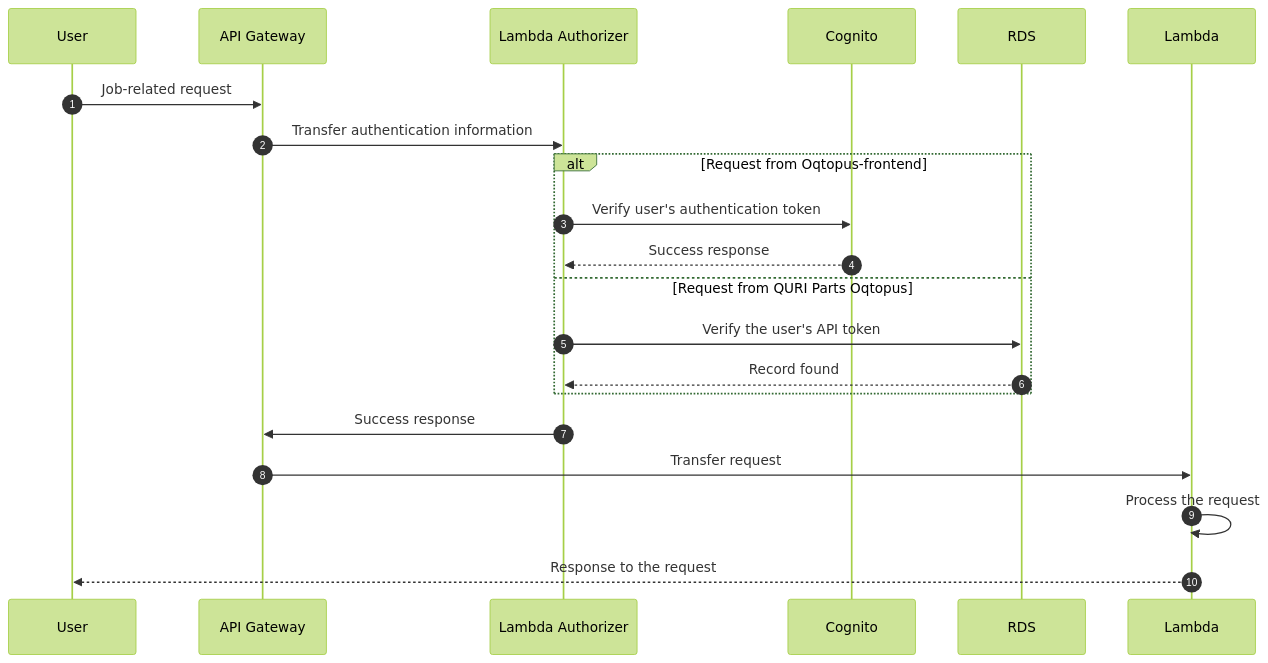
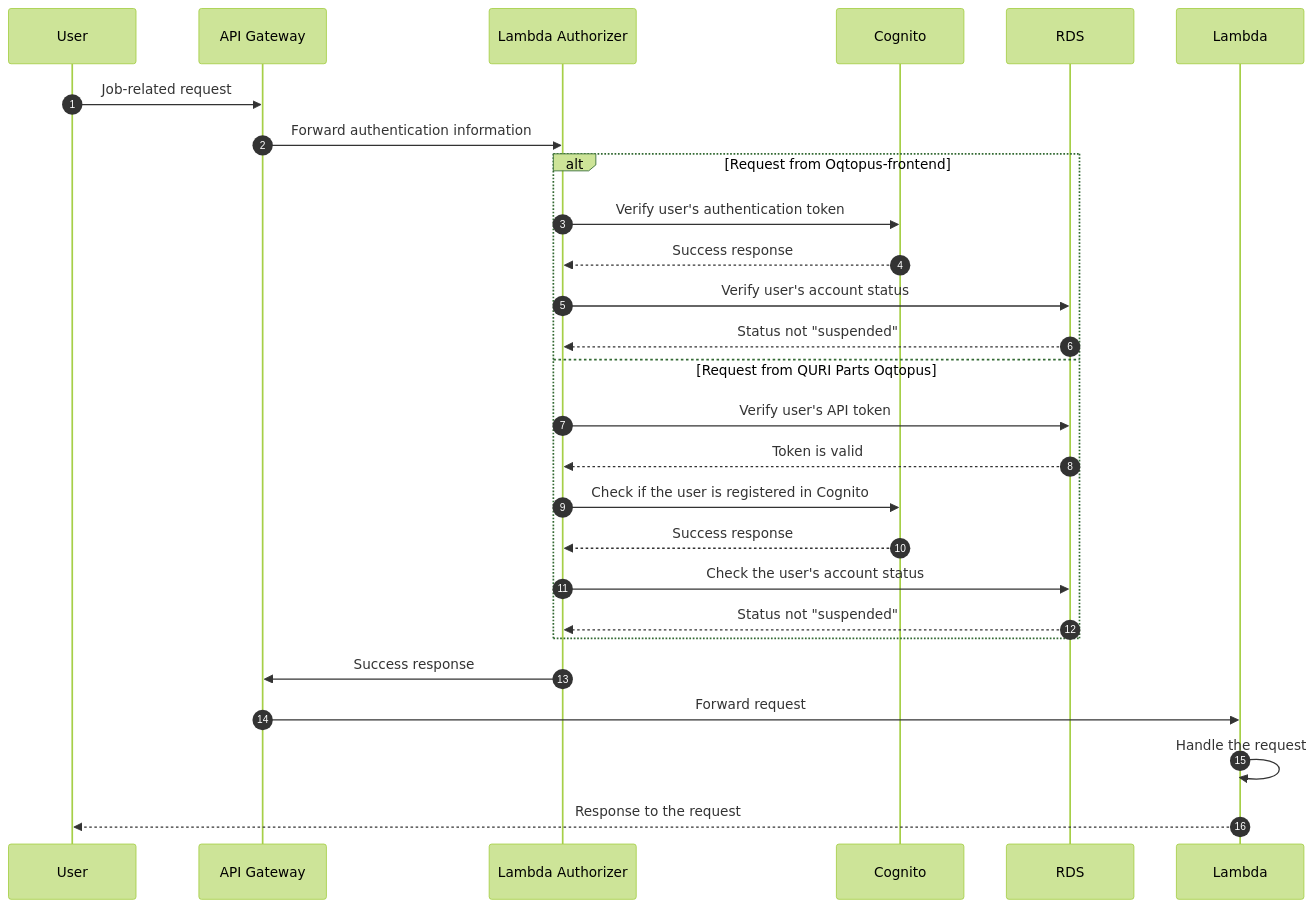
One commit to oqtopus-team/oqtopus-cloud changed the diagram in docs/en/architecture/frontend_authentication_flow.md. Above: the diagram before and after it, drawn with Mermaid (forest theme). The commit also changed 1 other file, not shown here.

Commit message:
fix: update terminology in authentication and signup flow documentation (#192)

````diff
--- a/docs/en/architecture/frontend_authentication_flow.md
+++ b/docs/en/architecture/frontend_authentication_flow.md
@@ -28,24 +28,30 @@
 ```mermaid
 sequenceDiagram
     autonumber
     participant U as User
     participant AG as API Gateway
     participant LA as Lambda Authorizer
     participant C as Cognito
     participant DB as RDS
     participant L as Lambda
 
     U->>AG: Job-related request
-    AG->>LA: Transfer authentication information
+    AG->>LA: Forward authentication information
     alt Request from Oqtopus-frontend
       LA->>C: Verify user's authentication token
       C-->>LA: Success response
+      LA->>DB: Verify user's account status
+      DB-->>LA: Status not "suspended"
     else Request from QURI Parts Oqtopus
-      LA->>DB: Verify the user's API token
-      DB-->>LA: Record found
+      LA->>DB: Verify user's API token
+      DB-->>LA: Token is valid
+      LA->>C: Check if the user is registered in Cognito
+      C-->>LA: Success response
+      LA->>DB: Check the user's account status
+      DB-->>LA: Status not "suspended"
     end
     LA->>AG: Success response
-    AG->>L: Transfer request
-    L->>L: Process the request
+    AG->>L: Forward request
+    L->>L: Handle the request
     L-->>U: Response to the request
 ```
````
